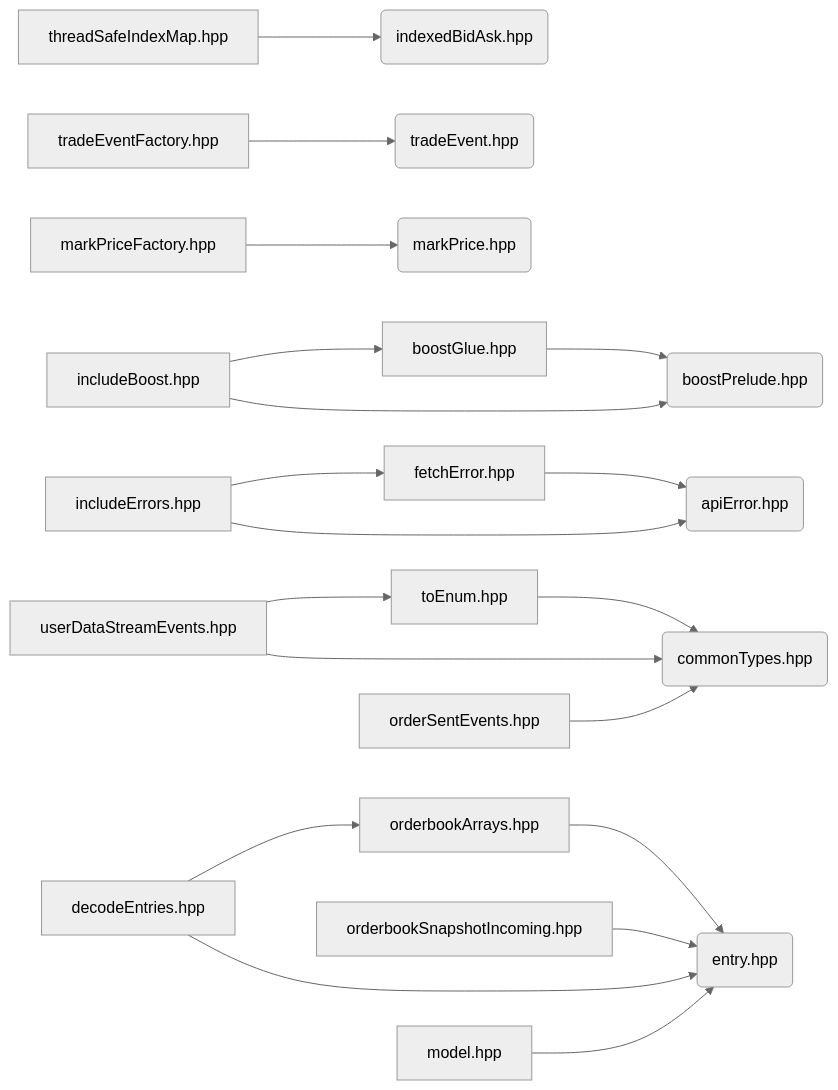
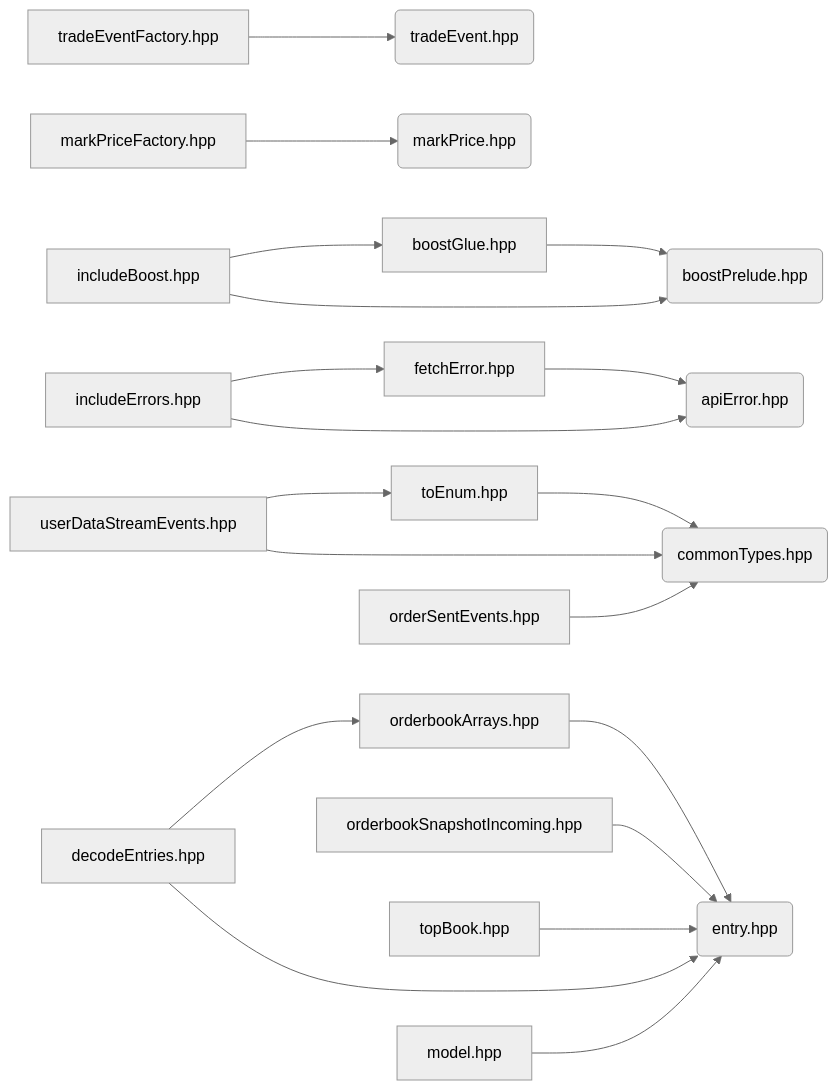
Before and after one commit to Datakan13/AstraConnect: the second of 6 diagrams in doc/DEPENDENCY_GRAPH.md, drawn with Mermaid (neutral theme). The commit also changed other lines of this file and 10 other files, not shown here.

````diff
--- a/doc/DEPENDENCY_GRAPH.md
+++ b/doc/DEPENDENCY_GRAPH.md
@@ -95,30 +94,29 @@
 ```mermaid
 graph LR
 
     BP(boostPrelude.hpp)
     AE(apiError.hpp)
     CT(commonTypes.hpp)
-    IBA(indexedBidAsk.hpp)
     EN(entry.hpp)
     TR(tradeEvent.hpp)
     MP(markPrice.hpp)
 
     BG[boostGlue.hpp]                  --> BP
     IB[includeBoost.hpp]               --> BP
     IB                                 --> BG
     FE[fetchError.hpp]                 --> AE
     IE[includeErrors.hpp]              --> AE
     IE                                 --> FE
     TE[toEnum.hpp]                     --> CT
     USE[userDataStreamEvents.hpp]      --> CT
     USE                                --> TE
     TF[tradeEventFactory.hpp]          --> TR
     MF[markPriceFactory.hpp]           --> MP
     OSE[orderSentEvents.hpp]           --> CT
     OBA[orderbookArrays.hpp]           --> EN
     OBS[orderbookSnapshotIncoming.hpp] --> EN
-    TSI[threadSafeIndexMap.hpp]        --> IBA
+    TB[topBook.hpp]                    --> EN
     DE[decodeEntries.hpp]              --> EN
     DE                                 --> OBA
     MM[model.hpp]                      --> EN
 ```
````
